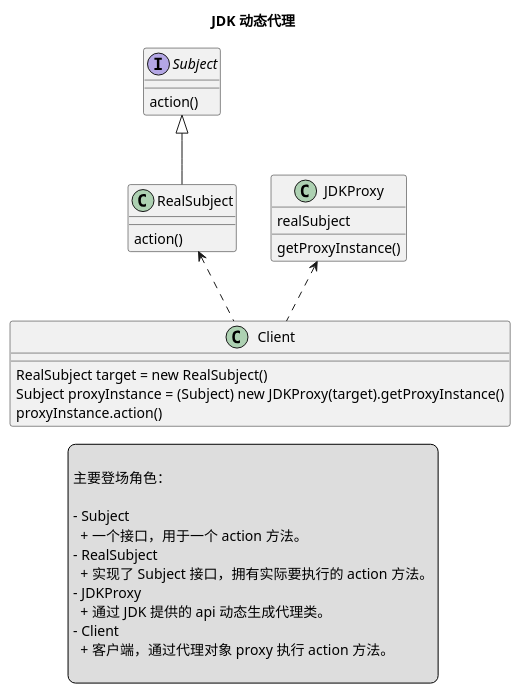
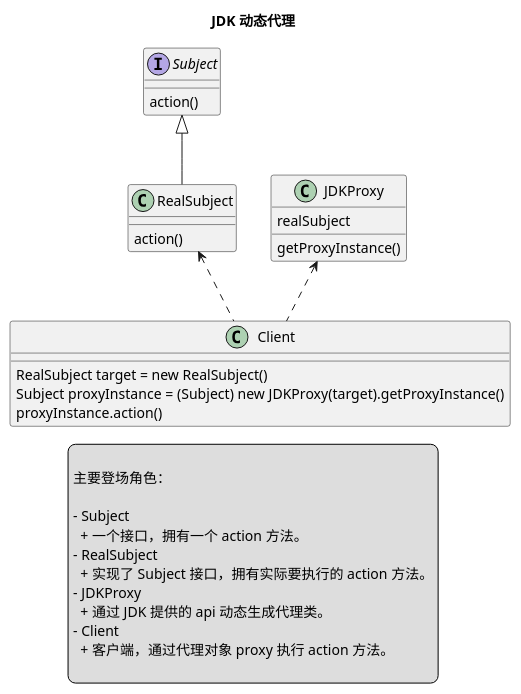
Before and after one commit to huminxicn/design-pattern: the diagram in src/com/proxy/jdk/jdk-proxy.puml, drawn with PlantUML. The commit also changed 1 other file, not shown here.

```diff
--- a/src/com/proxy/jdk/jdk-proxy.puml
+++ b/src/com/proxy/jdk/jdk-proxy.puml
@@ -1,41 +1,41 @@
 @startuml
 title JDK 动态代理
 
 interface Subject
 
 class RealSubject
 class JDKProxy
 class Client
 
 Subject <|-- RealSubject
 JDKProxy <.. Client
 RealSubject <.. Client
 
 
 Subject : action()
 RealSubject : action()
 JDKProxy : realSubject
 JDKProxy : getProxyInstance()
 
 Client : RealSubject target = new RealSubject()
 Client : Subject proxyInstance = (Subject) new JDKProxy(target).getProxyInstance()
 Client : proxyInstance.action()
 
 
 
 legend
 
 主要登场角色：
 
 - Subject
-  + 一个接口，用于一个 action 方法。
+  + 一个接口，拥有一个 action 方法。
 - RealSubject
   + 实现了 Subject 接口，拥有实际要执行的 action 方法。
 - JDKProxy
   + 通过 JDK 提供的 api 动态生成代理类。
 - Client
   + 客户端，通过代理对象 proxy 执行 action 方法。
 
 end legend
 
 @enduml
```
